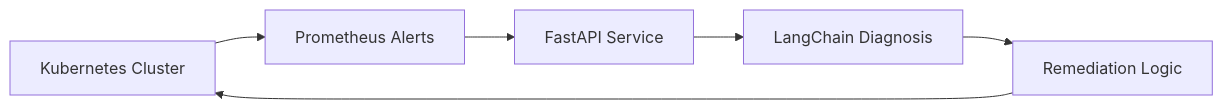
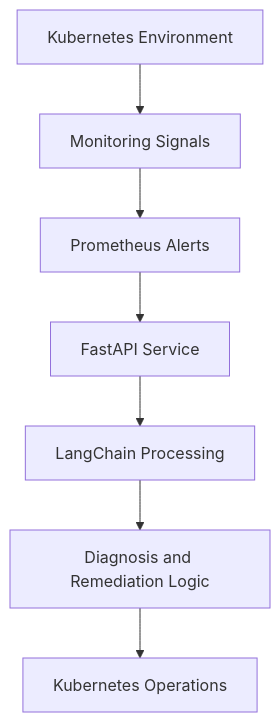
The second of 8 diagrams in README.md (manesaurabh1704-devops/manesaurabh1704-devops), drawn with Mermaid before and after one commit. The commit also changed other lines of this file, not shown here.

````diff
--- a/README.md
+++ b/README.md
@@ -182,4 +289,9 @@
 ```mermaid
-flowchart LR
-    A["Kubernetes Cluster"] --> B["Prometheus Alerts"] --> C["FastAPI Service"] --> D["LangChain Diagnosis"] --> E["Remediation Logic"] --> A
+flowchart TD
+    A["Kubernetes Environment"] --> B["Monitoring Signals"]
+    B --> C["Prometheus Alerts"]
+    C --> D["FastAPI Service"]
+    D --> E["LangChain Processing"]
+    E --> F["Diagnosis and Remediation Logic"]
+    F --> G["Kubernetes Operations"]
 ```
````
